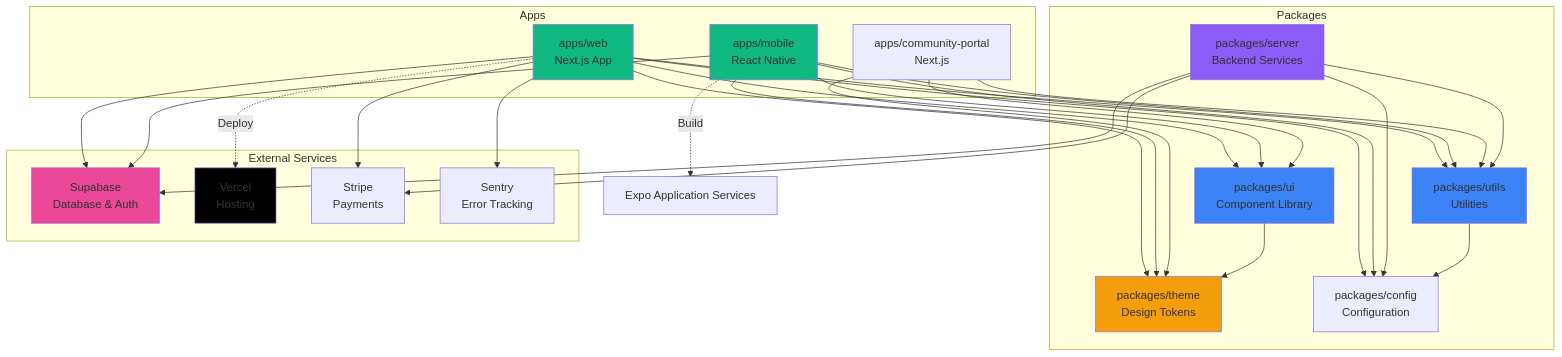
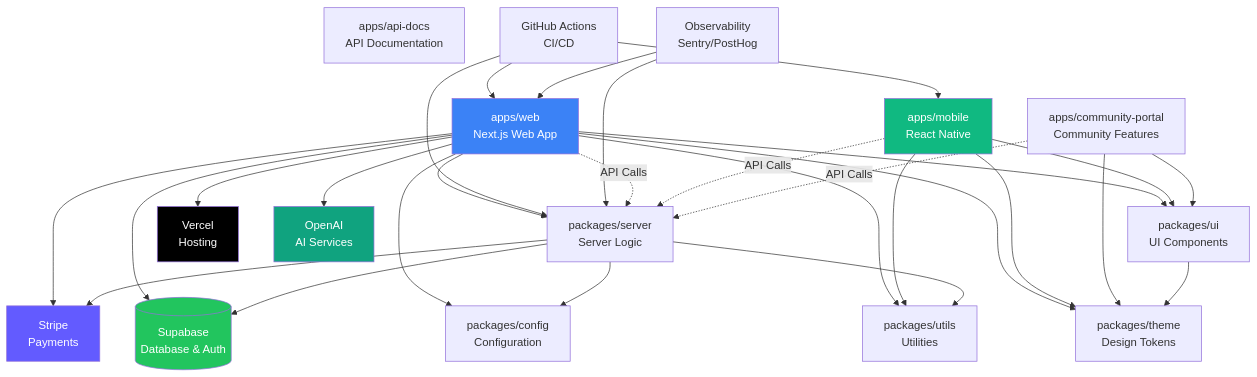
One commit to shardie-github/WhatsForDinner changed the diagram in systems/dependency-graph.mmd. Above: the diagram before and after it, drawn with Mermaid. The commit also changed 19 other files, not shown here.

```diff
--- a/systems/dependency-graph.mmd
+++ b/systems/dependency-graph.mmd
@@ -1,59 +1,69 @@
 graph TB
-    subgraph "Apps"
-        Web[apps/web<br/>Next.js App]
-        Mobile[apps/mobile<br/>React Native]
-        Community[apps/community-portal<br/>Next.js]
-    end
-
-    subgraph "Packages"
-        UI[packages/ui<br/>Component Library]
-        Utils[packages/utils<br/>Utilities]
-        Server[packages/server<br/>Backend Services]
-        Theme[packages/theme<br/>Design Tokens]
-        Config[packages/config<br/>Configuration]
-    end
-
-    subgraph "External Services"
-        Supabase[Supabase<br/>Database & Auth]
-        Vercel[Vercel<br/>Hosting]
-        Stripe[Stripe<br/>Payments]
-        Sentry[Sentry<br/>Error Tracking]
-    end
-
-    Web --> UI
-    Web --> Utils
-    Web --> Theme
-    Web --> Config
-    Web --> Supabase
-    Web --> Stripe
-    Web --> Sentry
-
-    Mobile --> UI
-    Mobile --> Utils
-    Mobile --> Theme
-    Mobile --> Config
-    Mobile --> Supabase
-
-    Community --> UI
-    Community --> Utils
-    Community --> Theme
-
-    Server --> Utils
-    Server --> Config
-    Server --> Supabase
-    Server --> Stripe
-
-    UI --> Theme
-    Utils --> Config
-
-    Web -.->|Deploy| Vercel
-    Mobile -.->|Build| EAS[Expo Application Services]
-
-    style Web fill:#10B981
-    style Mobile fill:#10B981
-    style UI fill:#3B82F6
-    style Utils fill:#3B82F6
-    style Server fill:#8B5CF6
-    style Theme fill:#F59E0B
-    style Supabase fill:#EC4899
-    style Vercel fill:#000000
+    %% Apps Layer
+    WebApp[apps/web<br/>Next.js Web App]
+    MobileApp[apps/mobile<br/>React Native]
+    CommunityPortal[apps/community-portal<br/>Community Features]
+    APIDocs[apps/api-docs<br/>API Documentation]
+    
+    %% Shared Packages
+    UIPackage[packages/ui<br/>UI Components]
+    ThemePackage[packages/theme<br/>Design Tokens]
+    UtilsPackage[packages/utils<br/>Utilities]
+    ServerPackage[packages/server<br/>Server Logic]
+    ConfigPackage[packages/config<br/>Configuration]
+    
+    %% External Services
+    Supabase[(Supabase<br/>Database & Auth)]
+    Vercel[Vercel<br/>Hosting]
+    Stripe[Stripe<br/>Payments]
+    OpenAI[OpenAI<br/>AI Services]
+    
+    %% Infrastructure
+    CI[GitHub Actions<br/>CI/CD]
+    Monitoring[Observability<br/>Sentry/PostHog]
+    
+    %% App Dependencies
+    WebApp --> UIPackage
+    WebApp --> ThemePackage
+    WebApp --> UtilsPackage
+    WebApp --> ServerPackage
+    WebApp --> ConfigPackage
+    
+    MobileApp --> UIPackage
+    MobileApp --> ThemePackage
+    MobileApp --> UtilsPackage
+    
+    CommunityPortal --> UIPackage
+    CommunityPortal --> ThemePackage
+    
+    %% Package Dependencies
+    UIPackage --> ThemePackage
+    ServerPackage --> UtilsPackage
+    ServerPackage --> ConfigPackage
+    
+    %% External Dependencies
+    WebApp --> Supabase
+    WebApp --> Stripe
+    WebApp --> OpenAI
+    ServerPackage --> Supabase
+    ServerPackage --> Stripe
+    
+    %% Infrastructure Dependencies
+    CI --> WebApp
+    CI --> MobileApp
+    CI --> ServerPackage
+    WebApp --> Vercel
+    Monitoring --> WebApp
+    Monitoring --> ServerPackage
+    
+    %% Data Flow
+    WebApp -.->|API Calls| ServerPackage
+    MobileApp -.->|API Calls| ServerPackage
+    CommunityPortal -.->|API Calls| ServerPackage
+    
+    style WebApp fill:#3b82f6,color:#fff
+    style MobileApp fill:#10b981,color:#fff
+    style Supabase fill:#22c55e,color:#fff
+    style Vercel fill:#000,color:#fff
+    style Stripe fill:#635bff,color:#fff
+    style OpenAI fill:#10a37f,color:#fff
```
